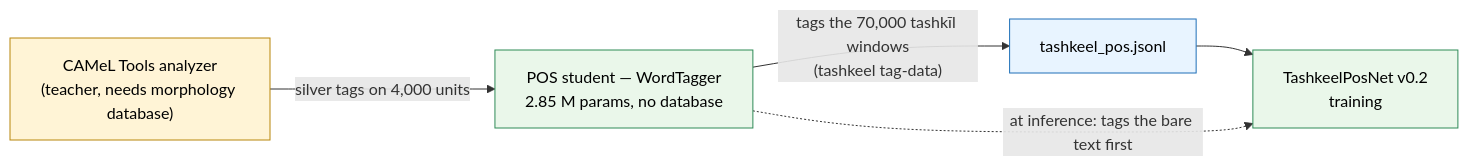
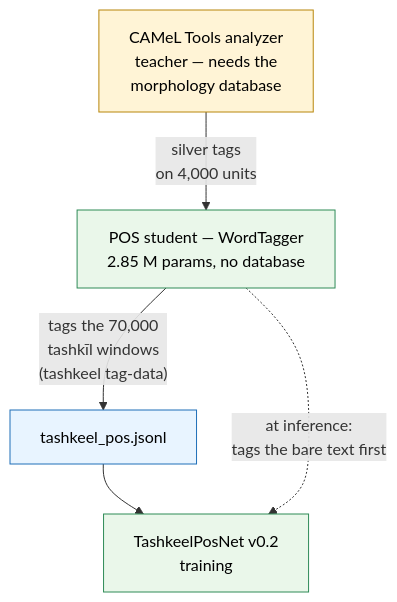
Before and after one commit to mohammadkhair7/khair-arabic-models: the sixth of 14 diagrams in docs/PAPER.md, drawn with Mermaid. The commit also changed other lines of this file and 9 other files, not shown here.

First line of the commit message:
webapp: name POS and structure tags in English or Arabic

````diff
--- a/docs/PAPER.md
+++ b/docs/PAPER.md
@@ -712,13 +707,13 @@
 ```mermaid
-flowchart LR
-    T["CAMeL Tools analyzer<br/>(teacher, needs morphology database)"] -- "silver tags on 4,000 units" --> S["POS student — WordTagger<br/>2.85 M params, no database"]
-    S -- "tags the 70,000 tashkīl windows<br/>(tashkeel tag-data)" --> D["tashkeel_pos.jsonl"]
+flowchart TB
+    T["CAMeL Tools analyzer<br/>teacher — needs the<br/>morphology database"] -- "silver tags<br/>on 4,000 units" --> S["POS student — WordTagger<br/>2.85 M params, no database"]
+    S -- "tags the 70,000<br/>tashkīl windows<br/>(tashkeel tag-data)" --> D["tashkeel_pos.jsonl"]
     D --> M["TashkeelPosNet v0.2<br/>training"]
-    S -. "at inference: tags the bare text first" .-> M
+    S -. "at inference:<br/>tags the bare text first" .-> M
     classDef model fill:#eaf7ea,stroke:#2e8b57,color:#000
     classDef data fill:#e8f4ff,stroke:#1e6fb8,color:#000
     classDef src fill:#fff4d6,stroke:#b8860b,color:#000
     class T src
     class S,M model
     class D data
 ```
````
